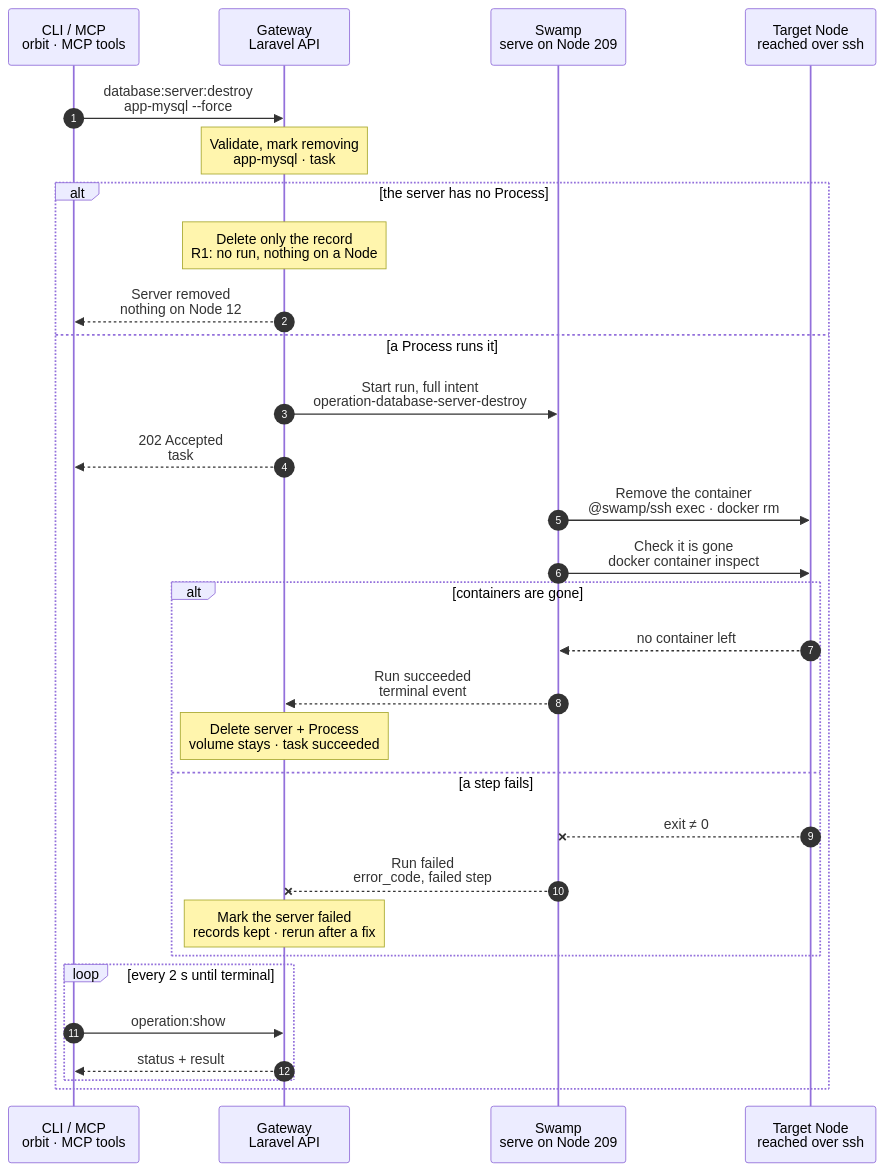
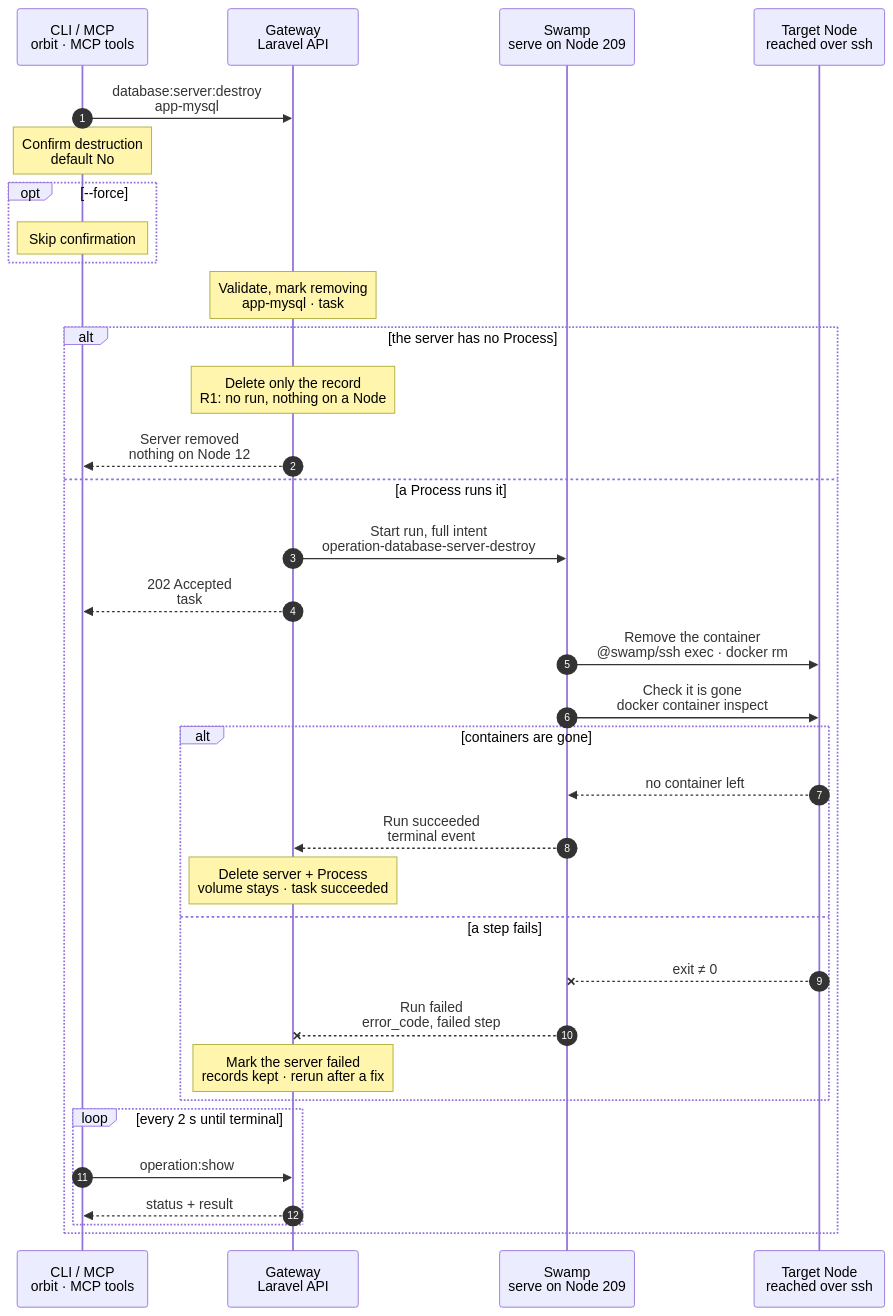
The diagram in docs/cli/database/server-destroy.mmd (hardimpactdev/orbit), drawn with Mermaid before and after one commit. The commit also changed 10 other files, not shown here.

```diff
--- a/docs/cli/database/server-destroy.mmd
+++ b/docs/cli/database/server-destroy.mmd
@@ -1,111 +1,119 @@
 sequenceDiagram
   %% Target design: ADR 0244 task, single-swamp-node, DECISIONS R1 (record-only change starts no run), R2, R4, flow-tighten rule 22 (one docker command per step as exec argv; cfgmgmt docker_container stores its env as sensitive output the swamp role cannot write). Same shape as tool.remove.
   %% Tightened: flow-tighten 2026-11-02, rules 6, 14, 17, 22 (remove with one docker rm --force; inspect end check; no report or assert step).
   %% status: draft
   %% command: database:server:destroy
   %% kind: database_server.destroy
   autonumber
   %% lane CLI icon=terminal pill=caller tone=gray
   %% lane GW icon=gateway pill=intent tone=blue
   %% lane SW icon=workflow pill=executes tone=green
   %% lane N icon=server pill=target tone=amber
   participant CLI as CLI / MCP<br/>orbit · MCP tools
   participant GW as Gateway<br/>Laravel API
   participant SW as Swamp<br/>serve on Node 209
   participant N as Target Node<br/>reached over ssh
-  CLI->>GW: database:server:destroy<br/>app-mysql --force
+  CLI->>GW: database:server:destroy<br/>app-mysql
   %%> Command:
   %%> - `orbit database:server:destroy app-mysql --force`
   %%> - syntax: `<slug> [--force] [--idempotency-key=KEY] [--json]`
   %%> Input:
   %%> - the slug of the Database server as the argument
   %%> Confirmation:
   %%> - without `--force`, the CLI asks first; the default is No
   %%> - a JSON or non-interactive call without `--force` returns `database.confirmation_required`
+  Note over CLI: Confirm destruction<br/>default No
+  %%> What it does:
+  %%> - ask on a terminal before sending the request; decline cancels
+  opt --force
+    Note over CLI: Skip confirmation
+    %%> What it changes:
+    %%> - send the confirmed request without prompting; required for JSON or non-interactive calls
+  end
   Note over GW: Validate, mark removing<br/>app-mysql · task #5160
   %%> Requirements:
   %%> - your Node has an access grant to Node 12, which runs app-mysql
   %%> - no Database connection points to app-mysql (`database.server_in_use`)
   %%> - no database create, user change or other task runs on app-mysql (`database.server_busy`)
   %%> What it does:
   %%> - takes the lock for app-mysql and marks it removing, so new databases on it are refused
   %%> Result:
   %%> - task #5160 recorded with the full intent
   alt the server has no Process
     Note over GW: Delete only the record<br/>R1: no run, nothing on a Node
     %%> When:
     %%> - a create failed before it recorded the Process
     %%> Result:
     %%> - the Database server record is deleted; task #5160 succeeds at once
     GW-->>CLI: Server removed<br/>nothing on Node 12
     %%> What you get:
     %%> - the result at once; there is nothing to follow
   else a Process runs it
     GW->>SW: Start run, full intent<br/>operation-database-server-destroy
     %%> What it does:
     %%> - starts one Swamp run on serve (Node 209)
     %%> Inputs:
     %%> - the Process and its container names, including the candidate and original names a create can leave
     %%> - Node 12's address and SSH host keys; the SSH identity comes from the `swamp` role
     %%> Not included:
     %%> - credentials; removal needs no database login
     GW-->>CLI: 202 Accepted<br/>task #5160
     %%> What you get:
     %%> - the task number, at once
     %%> Next:
     %%> - the CLI follows the task with `operation:show`
     SW->>N: Remove the container<br/>@swamp/ssh exec · docker rm
     %%> How:
     %%> - Swamp reaches Node 12 over SSH from 209 with `@swamp/ssh` and the `swamp` role's SSH identity; one `docker rm --force` argv
     %%> - `@swamp/cfgmgmt/docker_container` would store the container env as sensitive output in a vault the `swamp` role cannot write
     %%> What it does:
     %%> - removes the server's container; one that is already gone counts as removed
     %%> - the database recovers from its volume on a later start, as after a crash
     %%> Not removed:
     %%> - the volume `orbit-app-mysql-data`, so the data survives
     SW->>N: Check it is gone<br/>docker container inspect
     %%> What it does:
     %%> - `docker container inspect` must exit 1, no such container; that is the end check
     %%> - the behavior's own `check` reports drift but cannot fail a run, so a plain inspect does it
     %%> Not included:
     %%> - no report or assert step: a failed step ends the run with its own exit code, mapped to `database.server_remove_failed`
     alt containers are gone
       N-->>SW: no container left
       %%> Returns:
       %%> - the check passed for every container name
       SW-->>GW: Run succeeded<br/>terminal event
       %%> How the Gateway learns it:
       %%> - its shared run reader sees the terminal event; Swamp never calls the Gateway
       Note over GW: Delete server + Process<br/>volume stays · task succeeded
       %%> Result:
       %%> - the Database server and Process records are deleted
       %%> - task #5160 succeeds
       %%> On the Node:
       %%> - the volume `orbit-app-mysql-data` stays; remove it by hand when its data must go
       %%> - a new server with the same slug finds the old volume
     else a step fails
       N--xSW: exit ≠ 0
       %%> When:
       %%> - SSH fails, or Docker refuses to stop or remove a container
       SW--xGW: Run failed<br/>error_code, failed step
       %%> The Gateway reads:
       %%> - which step failed and its error code
       Note over GW: Mark the server failed<br/>records kept · rerun after a fix
       %%> Result:
       %%> - Database server app-mysql and its Process stay recorded, marked failed
       %%> - task #5160 fails
       %%> On the Node:
       %%> - containers removed before the failure stay removed; there is no rollback
       %%> - that is safe: a rerun inspects again and skips containers that are gone
       %%> Retry:
       %%> - run the same command again after fixing the cause; it is a new task
     end
     loop every 2 s until terminal
       CLI->>GW: operation:show #5160
       %%> What it does:
       %%> - asks for the task's status every 2 seconds until it has ended
       GW-->>CLI: status + result
       %%> Returns:
       %%> - the current status, and the result once the task has ended
     end
   end
```
